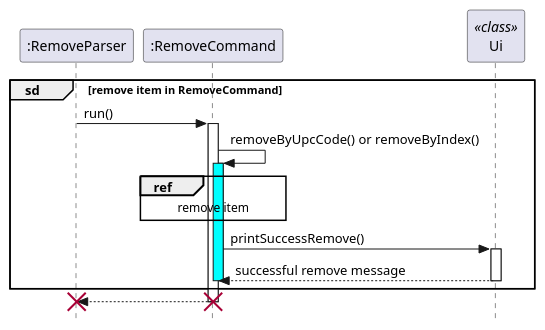
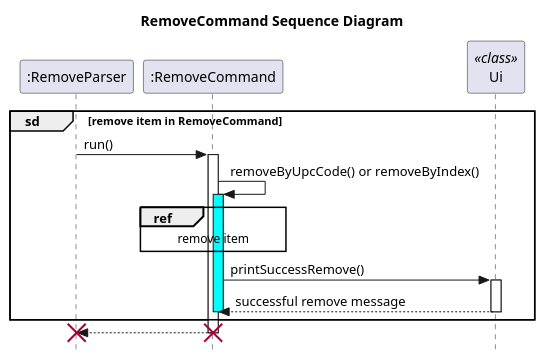
Before and after one commit to nus-cs2113-AY2223S2/tp: the diagram in docs/UML/Remove/RemoveCommand.puml, drawn with PlantUML. The commit also changed 34 other files, not shown here.

Commit message:
Add line of code and titles to rest of UML to standardise

```diff
--- a/docs/UML/Remove/RemoveCommand.puml
+++ b/docs/UML/Remove/RemoveCommand.puml
@@ -1,24 +1,25 @@
 @startuml
 'https://plantuml.com/sequence-diagram
+title RemoveCommand Sequence Diagram
 
 skinparam style strictuml
 participant ":RemoveParser"
 group sd [remove item in RemoveCommand]
     ":RemoveParser" -> ":RemoveCommand": run()
 participant "Ui" <<class>>
     activate ":RemoveCommand"
         ":RemoveCommand" -> ":RemoveCommand": removeByUpcCode() or removeByIndex()
         activate ":RemoveCommand" #cyan
         ref over ":RemoveCommand"
             remove item
         end ref
         ":RemoveCommand" -> Ui: printSuccessRemove()
         activate Ui
         return successful remove message
         deactivate
     end
 return
 destroy ":RemoveCommand"
 destroy ":RemoveParser"
 
 @enduml
```
